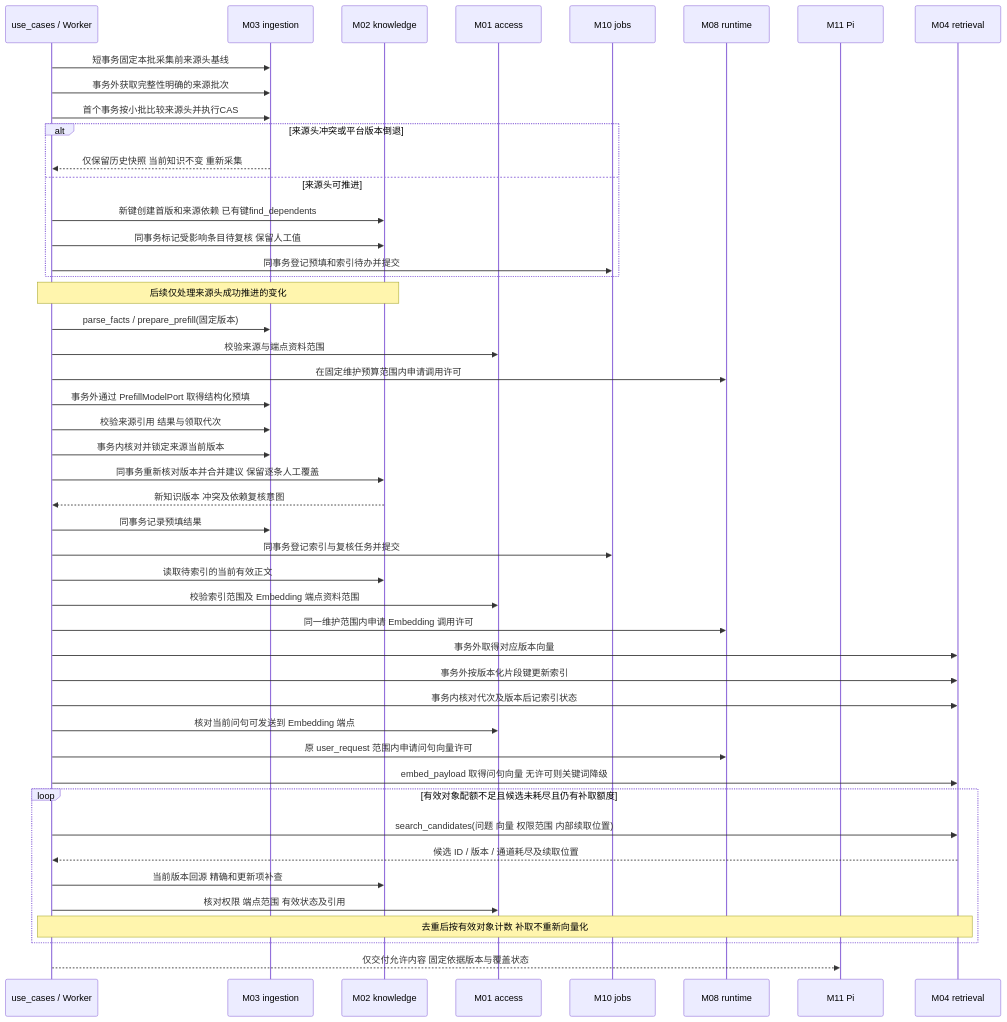
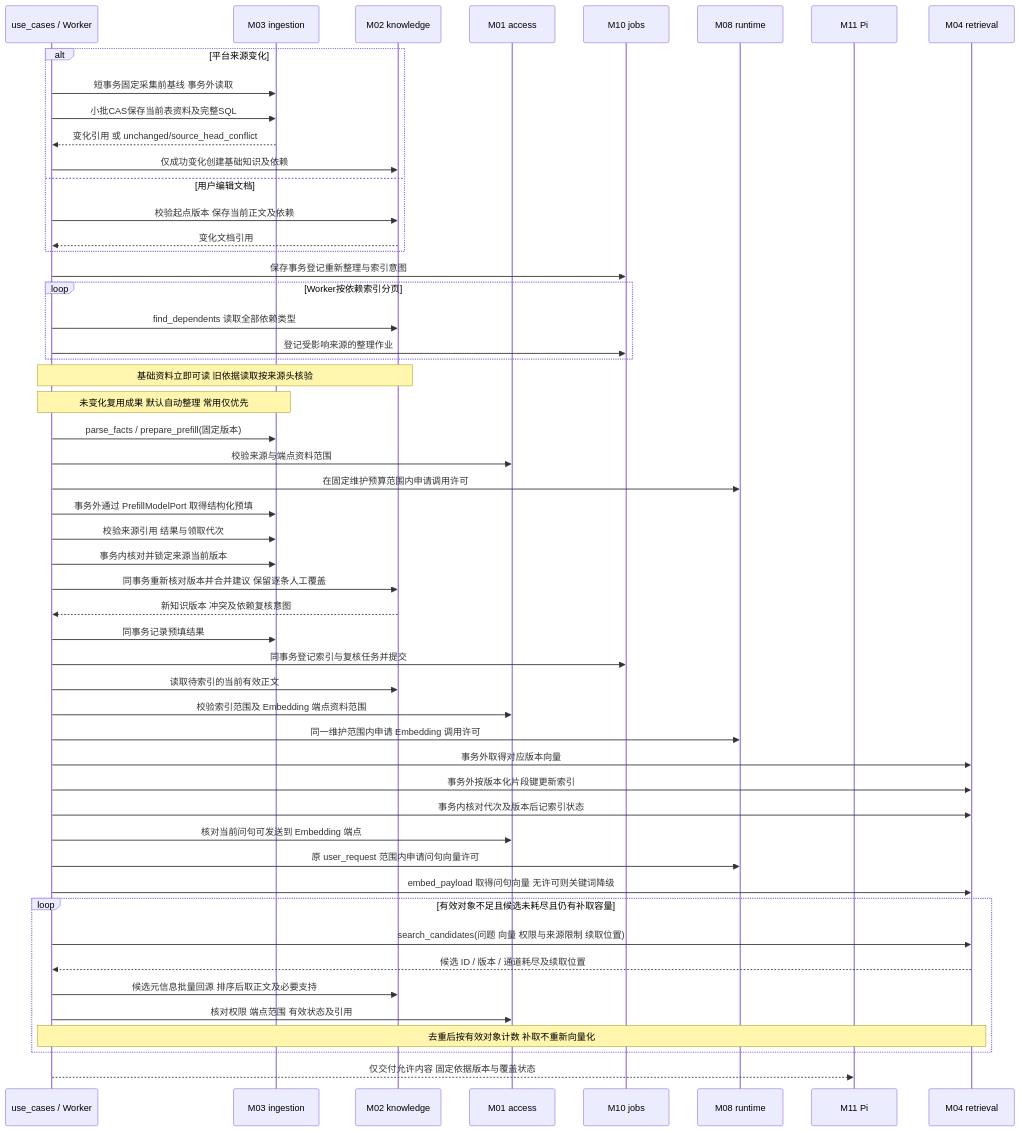
Diagram 11 of 11 in docs/architecture/knowledge-modules.md (yaoziyaoguai/data_agent), drawn with Mermaid before and after one commit. The commit also changed other lines of this file and 55 other files, not shown here.

````diff
--- a/docs/architecture/knowledge-modules.md
+++ b/docs/architecture/knowledge-modules.md
@@ -494,49 +514,54 @@
 ```mermaid
 sequenceDiagram
     participant U as use_cases / Worker
     participant I as M03 ingestion
     participant K as M02 knowledge
     participant A as M01 access
     participant J as M10 jobs
     participant B as M08 runtime
     participant P as M11 Pi
     participant R as M04 retrieval
-    U->>I: 短事务固定本批采集前来源头基线
-    U->>I: 事务外获取完整性明确的来源批次
-    U->>I: 首个事务按小批比较来源头并执行CAS
-    alt 来源头冲突或平台版本倒退
-        I-->>U: 仅保留历史快照 当前知识不变 重新采集
-    else 来源头可推进
-        U->>K: 新键创建首版和来源依赖 已有键find_dependents
-        U->>K: 同事务标记受影响条目待复核 保留人工值
-        U->>J: 同事务登记预填和索引待办并提交
+    alt 平台来源变化
+        U->>I: 短事务固定采集前基线 事务外读取
+        U->>I: 小批CAS保存当前表资料及完整SQL
+        I-->>U: 变化引用 或 unchanged/source_head_conflict
+        U->>K: 仅成功变化创建基础知识及依赖
+    else 用户编辑文档
+        U->>K: 校验起点版本 保存当前正文及依赖
+        K-->>U: 变化文档引用
     end
-    Note over U,K: 后续仅处理来源头成功推进的变化
+    U->>J: 保存事务登记重新整理与索引意图
+    loop Worker按依赖索引分页
+        U->>K: find_dependents 读取全部依赖类型
+        U->>J: 登记受影响来源的整理作业
+    end
+    Note over U,K: 基础资料立即可读 旧依据读取按来源头核验
+    Note over U,I: 未变化复用成果 默认自动整理 常用仅优先
     U->>I: parse_facts / prepare_prefill(固定版本)
     U->>A: 校验来源与端点资料范围
     U->>B: 在固定维护预算范围内申请调用许可
     U->>I: 事务外通过 PrefillModelPort 取得结构化预填
     U->>I: 校验来源引用 结果与领取代次
     U->>I: 事务内核对并锁定来源当前版本
     U->>K: 同事务重新核对版本并合并建议 保留逐条人工覆盖
     K-->>U: 新知识版本 冲突及依赖复核意图
     U->>I: 同事务记录预填结果
     U->>J: 同事务登记索引与复核任务并提交
     U->>K: 读取待索引的当前有效正文
     U->>A: 校验索引范围及 Embedding 端点资料范围
     U->>B: 同一维护范围内申请 Embedding 调用许可
     U->>R: 事务外取得对应版本向量
     U->>R: 事务外按版本化片段键更新索引
     U->>R: 事务内核对代次及版本后记索引状态
     U->>A: 核对当前问句可发送到 Embedding 端点
     U->>B: 原 user_request 范围内申请问句向量许可
     U->>R: embed_payload 取得问句向量 无许可则关键词降级
-    loop 有效对象配额不足且候选未耗尽且仍有补取额度
-        U->>R: search_candidates(问题 向量 权限范围 内部续取位置)
+    loop 有效对象不足且候选未耗尽且仍有补取容量
+        U->>R: search_candidates(问题 向量 权限与来源限制 续取位置)
         R-->>U: 候选 ID / 版本 / 通道耗尽及续取位置
-        U->>K: 当前版本回源 精确和更新项补查
+        U->>K: 候选元信息批量回源 排序后取正文及必要支持
         U->>A: 核对权限 端点范围 有效状态及引用
         Note over U,R: 去重后按有效对象计数 补取不重新向量化
     end
     U-->>P: 仅交付允许内容 固定依据版本与覆盖状态
 ```
````
